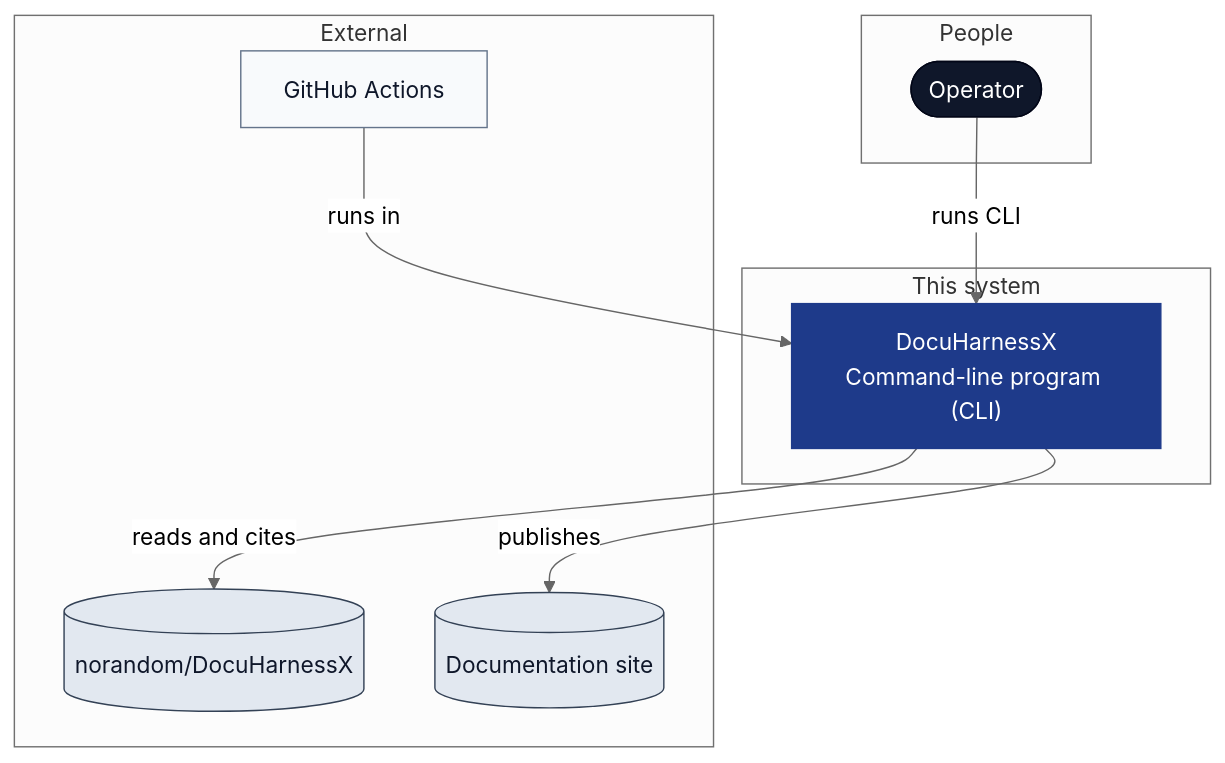
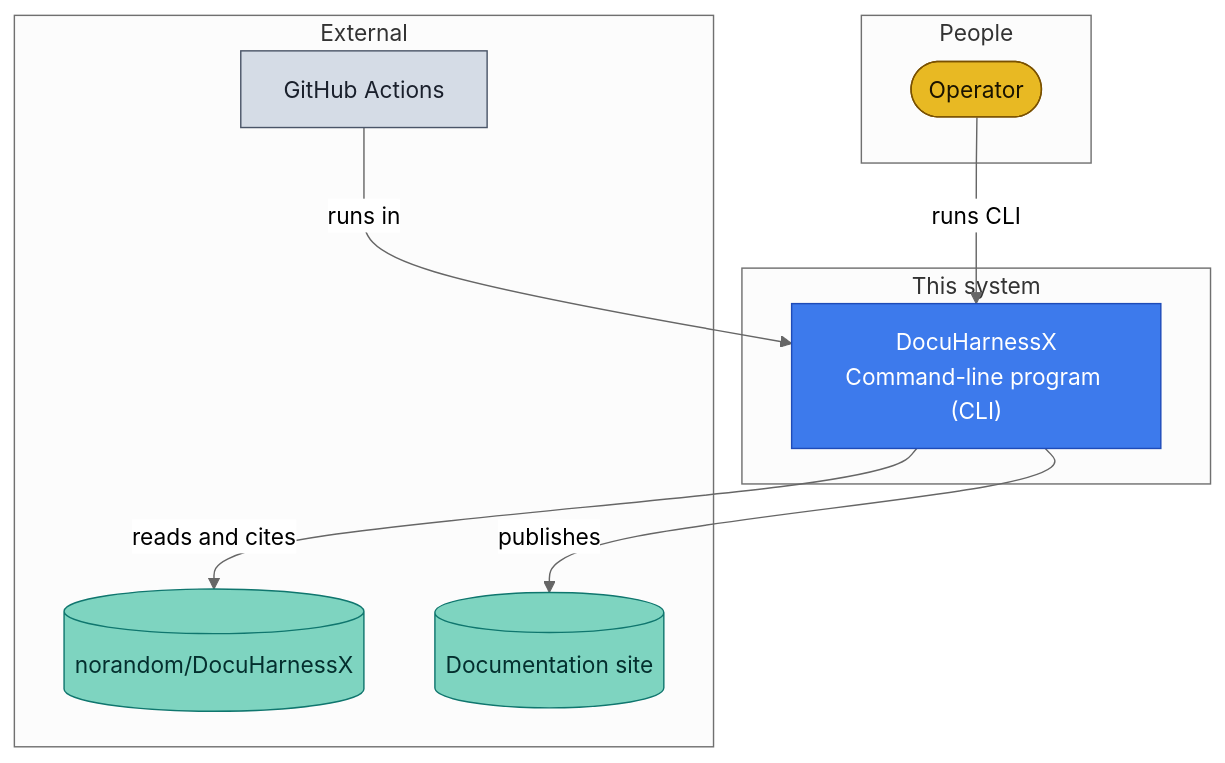
One commit to norandom/DocuHarnessX changed the first of 6 diagrams in docs/component-docuharnessx-3986831c.md. Above: the diagram before and after it, drawn with Mermaid (neutral theme). The commit also changed other lines of this file and 9 other files, not shown here.

First line of the commit message:
fix(comprehension-visuals): mermaid palette that survives dark mode

````diff
--- a/docs/component-docuharnessx-3986831c.md
+++ b/docs/component-docuharnessx-3986831c.md
@@ -25,27 +25,27 @@
 ```mermaid
 flowchart TB
   subgraph people["People"]
     actor(["Operator"])
   end
   subgraph enterprise["This system"]
     sys["DocuHarnessX<br/>Command-line program (CLI)"]
   end
   subgraph external["External"]
     repo[("norandom/DocuHarnessX")]
     ci["GitHub Actions"]
     docs[("Documentation site")]
   end
   actor -->|"runs CLI"| sys
   sys -->|"reads and cites"| repo
   ci -->|"runs in"| sys
   sys -->|"publishes"| docs
-  class actor actor
+  class actor person
   class sys system
   class repo,docs store
   class ci external
-  classDef actor fill:#0F172A,stroke:#020617,color:#FFFFFF
-  classDef system fill:#1E3A8A,stroke:#1E3A8A,color:#FFFFFF
-  classDef container fill:#EEF2FF,stroke:#1E3A8A,color:#0F172A
-  classDef external fill:#F8FAFC,stroke:#64748B,color:#0F172A
-  classDef store fill:#E2E8F0,stroke:#334155,color:#0F172A
+  classDef person fill:#E8B923,stroke:#7A5100,color:#1A1300
+  classDef system fill:#3D7AEC,stroke:#1E4BB8,color:#FFFFFF
+  classDef container fill:#B9D4FE,stroke:#2F62C4,color:#0B1F4A
+  classDef external fill:#D5DCE6,stroke:#4A5568,color:#1A202C
+  classDef store fill:#7ED4C0,stroke:#0F766E,color:#042F2E
 ```
````
